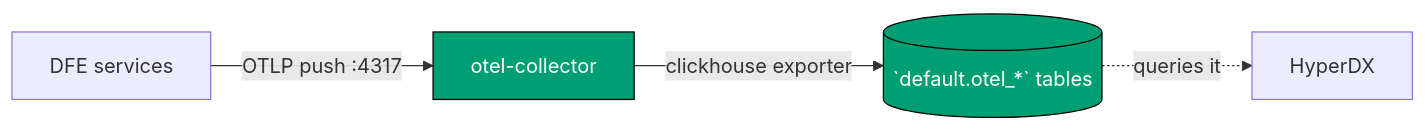
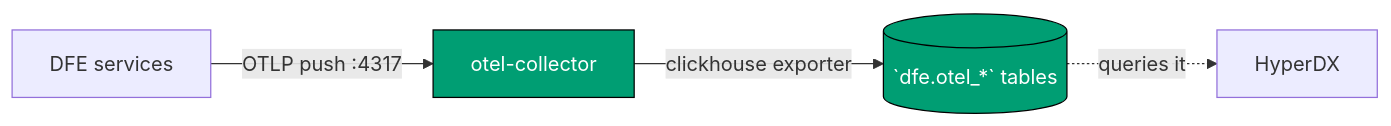
The diagram in docs/observability.md (hyperi-io/dfe-docker), drawn with Mermaid before and after one commit. The commit also changed other lines of this file and 8 other files, not shown here.

First line of the commit message:
fix(otel): default the OTel database to dfe, matching k8s

````diff
--- a/docs/observability.md
+++ b/docs/observability.md
@@ -68,9 +68,9 @@
 ```mermaid
 flowchart LR
     apps["DFE services"] -->|OTLP push :4317| col["otel-collector"]
-    col -->|clickhouse exporter| ch[(`default.otel_*` tables)]
+    col -->|clickhouse exporter| ch[(`dfe.otel_*` tables)]
     ch -.->|queries it| hdx["HyperDX"]
 
     classDef on fill:#009E73,color:#ffffff,stroke:#000000
     class col,ch on
 ```
````
